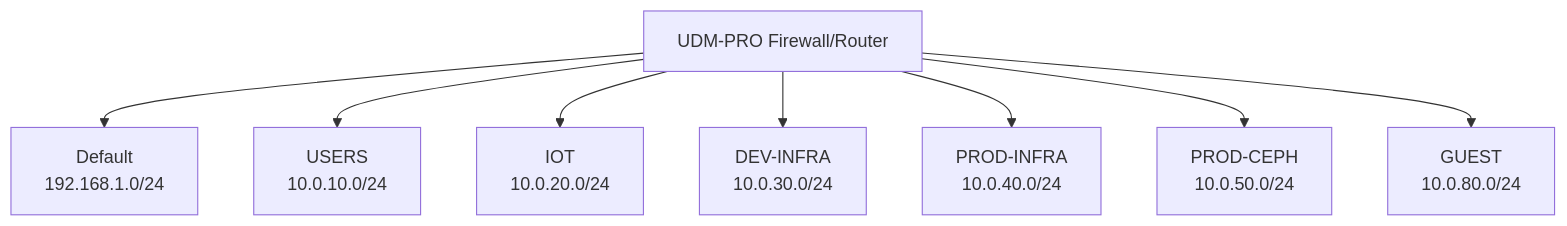
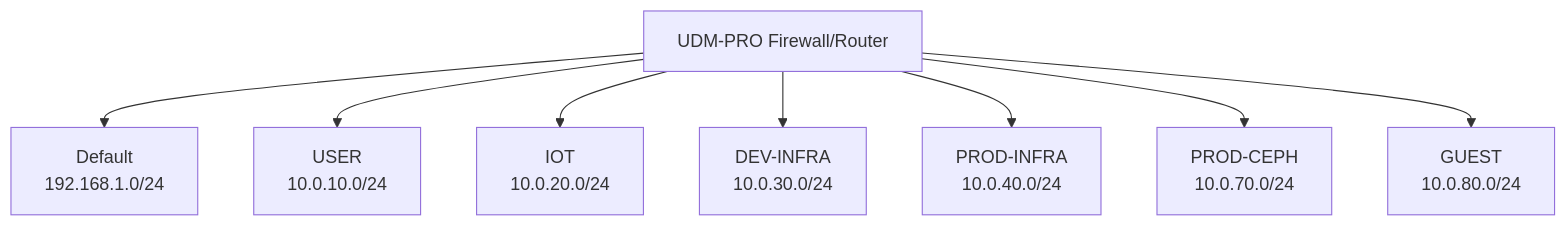
The diagram in docs/network.md (fabricesemti80/homelab-architecture), drawn with Mermaid before and after one commit. The commit also changed other lines of this file and 10 other files, not shown here.

````diff
--- a/docs/network.md
+++ b/docs/network.md
@@ -31,20 +33,20 @@
 ```mermaid
 graph TB
     UDM["UDM-PRO Firewall/Router"]
 
     DEF["Default<br/>192.168.1.0/24"]
-    USR["USERS<br/>10.0.10.0/24"]
+    USR["USER<br/>10.0.10.0/24"]
     IOT["IOT<br/>10.0.20.0/24"]
     DEV["DEV-INFRA<br/>10.0.30.0/24"]
     PROD["PROD-INFRA<br/>10.0.40.0/24"]
-    CEPH["PROD-CEPH<br/>10.0.50.0/24"]
+    CEPH["PROD-CEPH<br/>10.0.70.0/24"]
     GST["GUEST<br/>10.0.80.0/24"]
 
     UDM --> DEF
     UDM --> USR
     UDM --> IOT
     UDM --> DEV
     UDM --> PROD
     UDM --> CEPH
     UDM --> GST
 ```
````
